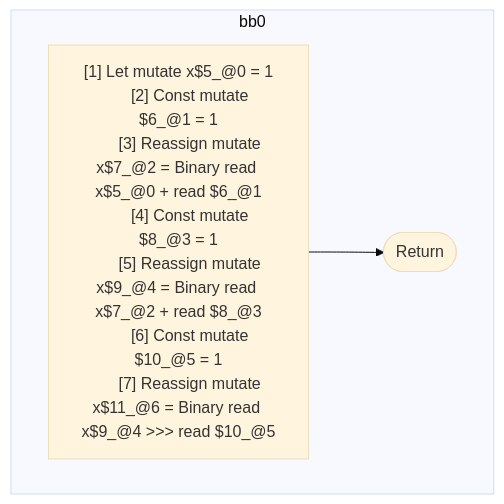
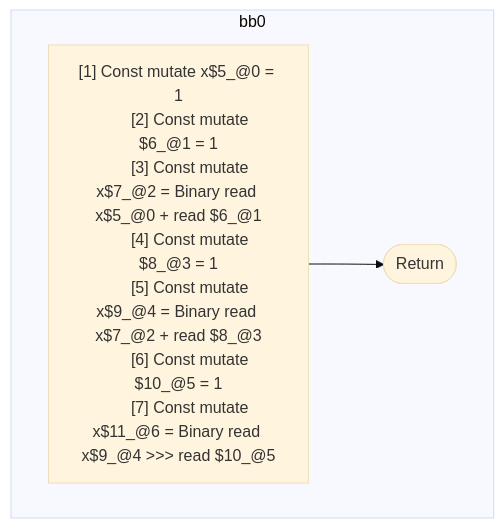
Before and after one commit to wutsmog/private: the first of 2 diagrams in compiler/forget/src/__tests__/fixtures/hir/assignment-variations.expect.md, drawn with Mermaid (base theme). The commit also changed other lines of this file and 61 other files, not shown here.

````diff
--- a/compiler/forget/src/__tests__/fixtures/hir/assignment-variations.expect.md
+++ b/compiler/forget/src/__tests__/fixtures/hir/assignment-variations.expect.md
@@ -44,19 +44,19 @@
 ```mermaid
 flowchart TB
   %% Basic Blocks
   subgraph bb0
     bb0_instrs["
-      [1] Let mutate x$5_@0 = 1
+      [1] Const mutate x$5_@0 = 1
       [2] Const mutate $6_@1 = 1
-      [3] Reassign mutate x$7_@2 = Binary read x$5_@0 + read $6_@1
+      [3] Const mutate x$7_@2 = Binary read x$5_@0 + read $6_@1
       [4] Const mutate $8_@3 = 1
-      [5] Reassign mutate x$9_@4 = Binary read x$7_@2 + read $8_@3
+      [5] Const mutate x$9_@4 = Binary read x$7_@2 + read $8_@3
       [6] Const mutate $10_@5 = 1
-      [7] Reassign mutate x$11_@6 = Binary read x$9_@4 >>> read $10_@5
+      [7] Const mutate x$11_@6 = Binary read x$9_@4 >>> read $10_@5
     "]
     bb0_instrs --> bb0_terminal(["Return"])
   end
 
   %% Jumps
   %% empty
 ```
````
